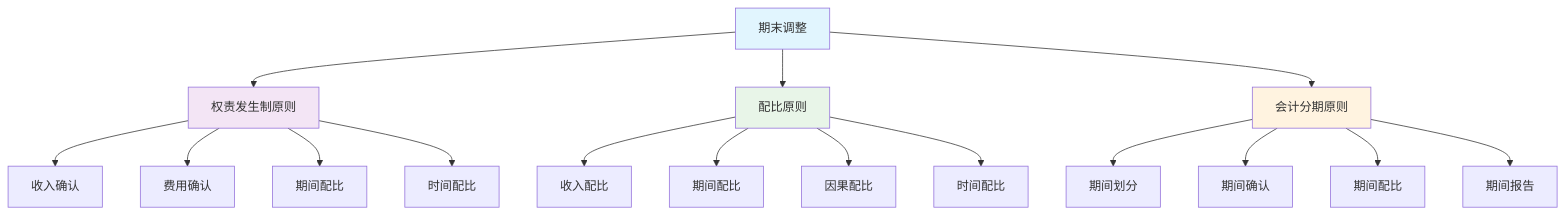
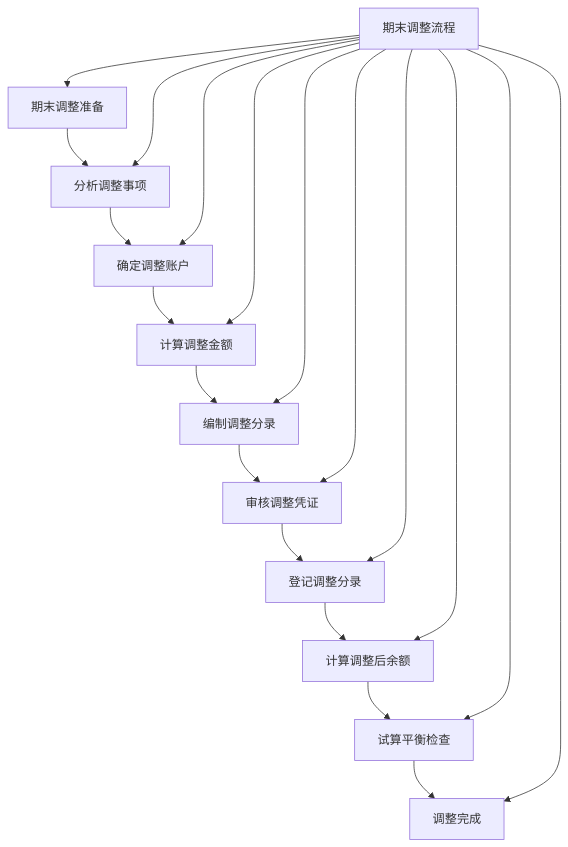
The diagram in 会计学/02-理解掌握层/会计核算基础/04-期末调整处理.md (Anping2017/obsidian), drawn with Mermaid before and after one commit. The commit also changed other lines of this file and 22 other files, not shown here.

````diff
--- a/会计学/02-理解掌握层/会计核算基础/04-期末调整处理.md
+++ b/会计学/02-理解掌握层/会计核算基础/04-期末调整处理.md
@@ -38,26 +266,23 @@
 ```mermaid
 graph TD
-    A[期末调整] --> B[权责发生制原则]
-    A --> C[配比原则]
-    A --> D[会计分期原则]
+    A[期末调整准备] --> B[分析调整事项]
+    B --> C[确定调整账户]
+    C --> D[计算调整金额]
+    D --> E[编制调整分录]
+    E --> F[审核调整凭证]
+    F --> G[登记调整分录]
+    G --> H[计算调整后余额]
+    H --> I[试算平衡检查]
+    I --> J[调整完成]
     
-    B --> E[收入确认]
-    B --> F[费用确认]
-    B --> G[期间配比]
-    B --> H[时间配比]
-    
-    C --> I[收入配比]
-    C --> J[期间配比]
-    C --> K[因果配比]
-    C --> L[时间配比]
-    
-    D --> M[期间划分]
-    D --> N[期间确认]
-    D --> O[期间配比]
-    D --> P[期间报告]
-    
-    style A fill:#e1f5fe
-    style B fill:#f3e5f5
-    style C fill:#e8f5e8
-    style D fill:#fff3e0
+    K[期末调整流程] --> A
+    K --> B
+    K --> C
+    K --> D
+    K --> E
+    K --> F
+    K --> G
+    K --> H
+    K --> I
+    K --> J
 ```
````
